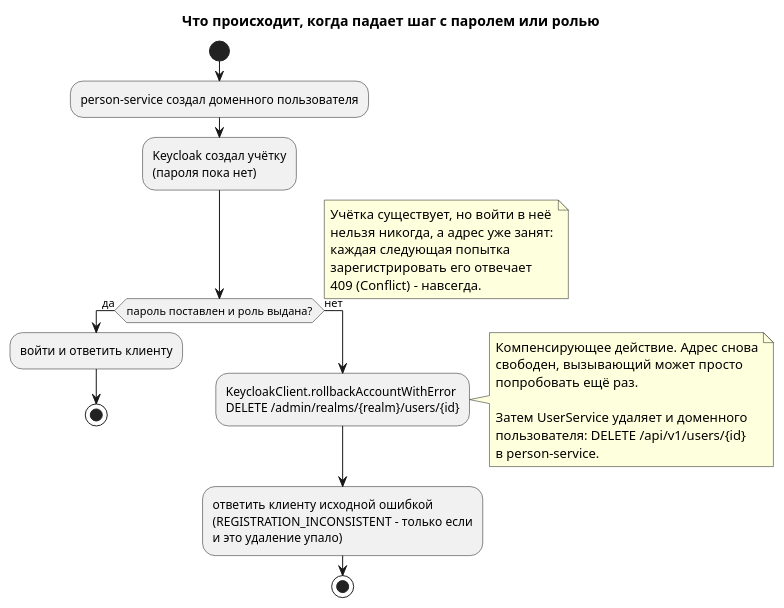
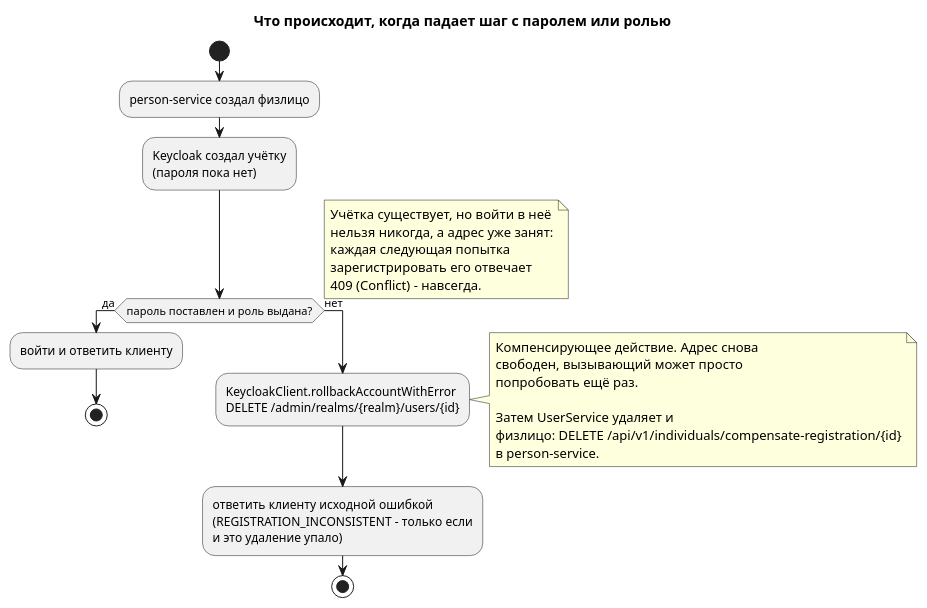
One commit to dezxxx/payment-platform changed the second of 4 diagrams in docs/puml-ru/keycloak-client.puml. Above: the diagram before and after it, drawn with PlantUML. The commit also changed other lines of this file and 20 other files, not shown here.

```diff
--- a/docs/puml-ru/keycloak-client.puml
+++ b/docs/puml-ru/keycloak-client.puml
@@ -137,40 +138,40 @@
 @startuml keycloak-rollback
 title Что происходит, когда падает шаг с паролем или ролью
 
 skinparam shadowing false
 
 start
 
-:person-service создал доменного пользователя;
+:person-service создал физлицо;
 :Keycloak создал учётку
 (пароля пока нет);
 
 if (пароль поставлен и роль выдана?) then (да)
   :войти и ответить клиенту;
   stop
 else (нет)
   note right
     Учётка существует, но войти в неё
     нельзя никогда, а адрес уже занят:
     каждая следующая попытка
     зарегистрировать его отвечает
     409 (Conflict) - навсегда.
   end note
   :KeycloakClient.rollbackAccountWithError
   DELETE /admin/realms/{realm}/users/{id};
   note right
     Компенсирующее действие. Адрес снова
     свободен, вызывающий может просто
     попробовать ещё раз.
 
-    Затем UserService удаляет и доменного
-    пользователя: DELETE /api/v1/users/{id}
+    Затем UserService удаляет и
+    физлицо: DELETE /api/v1/individuals/compensate-registration/{id}
     в person-service.
   end note
   :ответить клиенту исходной ошибкой
   (REGISTRATION_INCONSISTENT - только если
   и это удаление упало);
   stop
 endif
 
 @enduml
```
